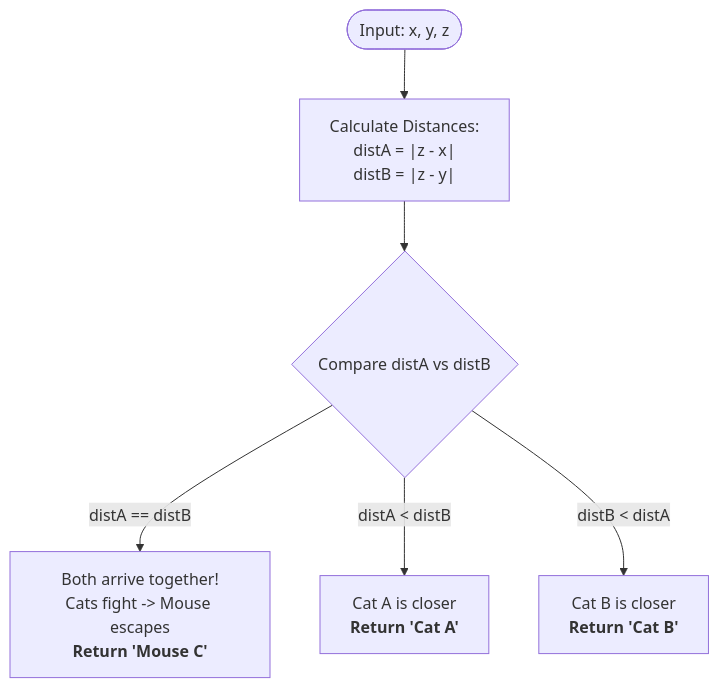
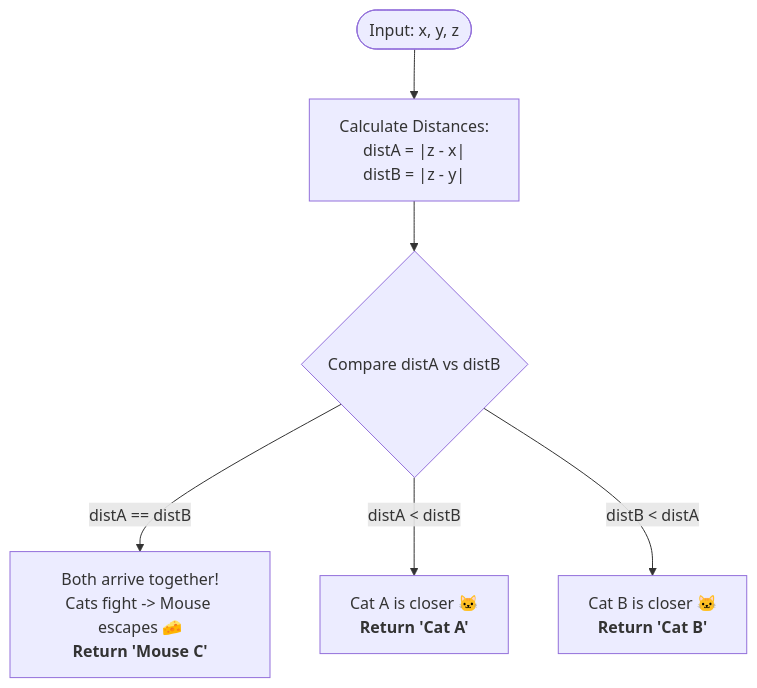
One commit to JyotiPrakashMallick/interview_prep changed the first of 7 diagrams in README.md. Above: the diagram before and after it, drawn with Mermaid. The commit also changed other lines of this file and 7 other files, not shown here.

````diff
--- a/README.md
+++ b/README.md
@@ -50,8 +48,8 @@
 ```mermaid
 flowchart TD
     Start([Input: x, y, z]) --> Calc["Calculate Distances:<br/>distA = |z - x|<br/>distB = |z - y|"]
     Calc --> CheckDist{Compare distA vs distB}
-    CheckDist -->|distA == distB| MouseC["Both arrive together!<br/>Cats fight -> Mouse escapes<br/><b>Return 'Mouse C'</b>"]
-    CheckDist -->|distA < distB| CatA["Cat A is closer<br/><b>Return 'Cat A'</b>"]
-    CheckDist -->|distB < distA| CatB["Cat B is closer<br/><b>Return 'Cat B'</b>"]
+    CheckDist -->|distA == distB| MouseC["Both arrive together!<br/>Cats fight -> Mouse escapes 🧀<br/><b>Return 'Mouse C'</b>"]
+    CheckDist -->|distA < distB| CatA["Cat A is closer 🐱<br/><b>Return 'Cat A'</b>"]
+    CheckDist -->|distB < distA| CatB["Cat B is closer 🐱<br/><b>Return 'Cat B'</b>"]
 ```
````
